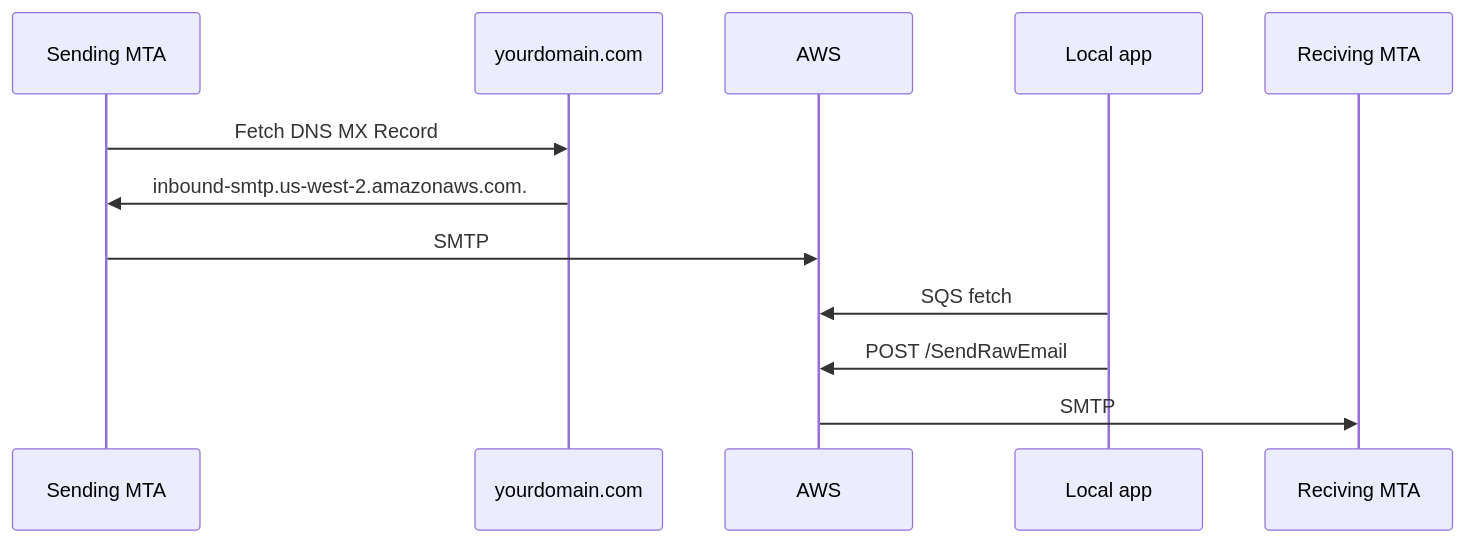
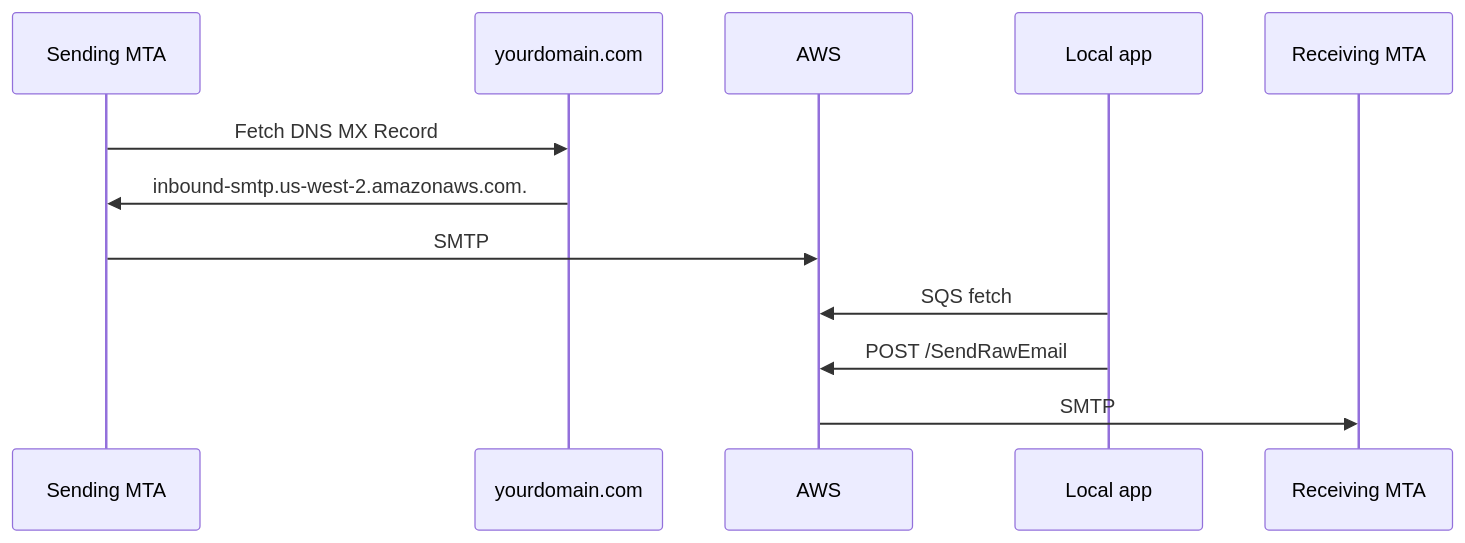
The second of 2 diagrams in docs/end-to-end-local-email-dev.md (mozilla/fx-private-relay), drawn with Mermaid before and after one commit. The commit also changed other lines of this file, not shown here.

Commit message:
spelling: receiving

````diff
--- a/docs/end-to-end-local-email-dev.md
+++ b/docs/end-to-end-local-email-dev.md
@@ -361,10 +361,10 @@
 ```mermaid
 sequenceDiagram
 
     Sending MTA->>yourdomain.com: Fetch DNS MX Record
     yourdomain.com->>Sending MTA: inbound-smtp.us-west-2.amazonaws.com.
     Sending MTA->>AWS: SMTP
     Local app->>AWS: SQS fetch
     Local app->>AWS: POST /SendRawEmail
-    AWS->>Reciving MTA: SMTP
+    AWS->>Receiving MTA: SMTP
 ```
````
